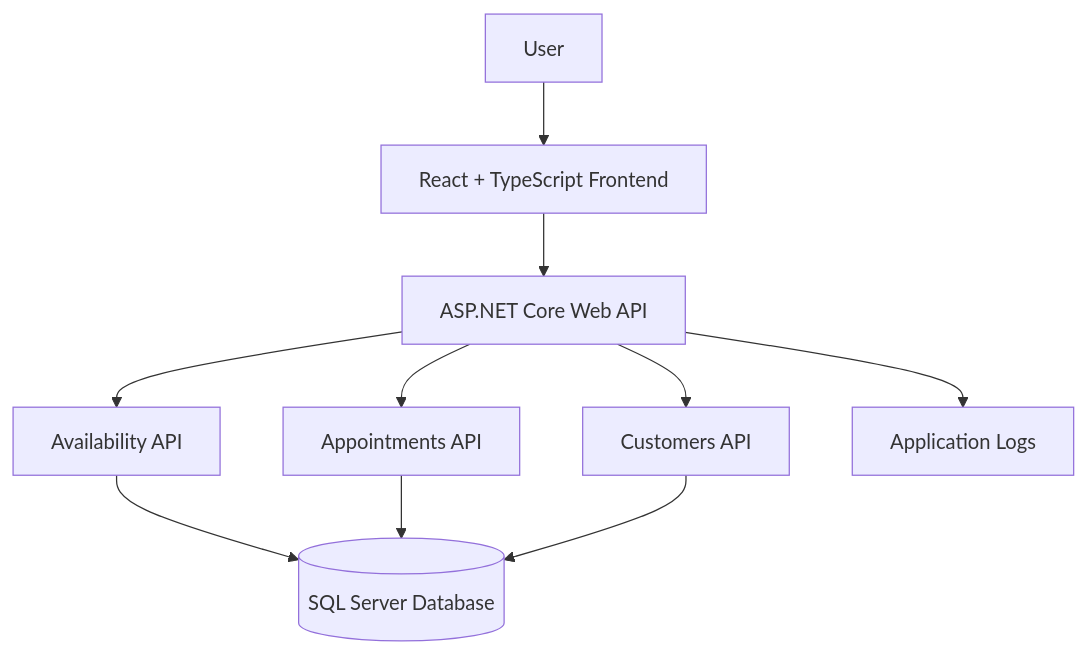
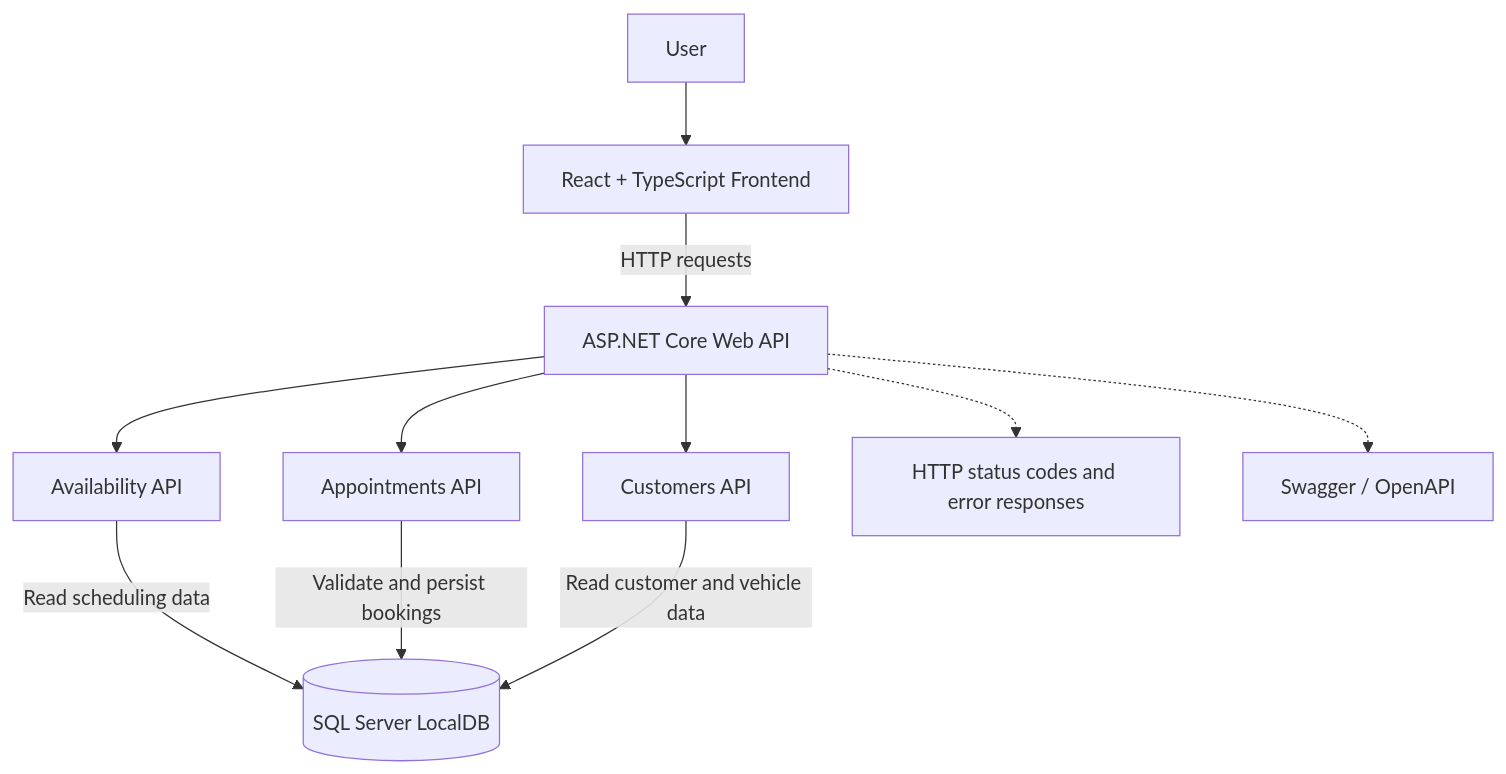
One commit to anudeepannin/KeyloopServiceScheduler changed the diagram in docs/SystemDesign.md. Above: the diagram before and after it, drawn with Mermaid. The commit also changed other lines of this file, not shown here.

````diff
--- a/docs/SystemDesign.md
+++ b/docs/SystemDesign.md
@@ -11,12 +11,13 @@
 ```mermaid
 flowchart TD
     U[User] --> FE[React + TypeScript Frontend]
-    FE --> API[ASP.NET Core Web API]
+    FE -->|HTTP requests| API[ASP.NET Core Web API]
     API --> AV[Availability API]
     API --> AP[Appointments API]
     API --> CU[Customers API]
-    AV --> DB[(SQL Server Database)]
-    AP --> DB
-    CU --> DB
-    API --> LOG[Application Logs]
+    AV -->|Read scheduling data| DB[(SQL Server LocalDB)]
+    AP -->|Validate and persist bookings| DB
+    CU -->|Read customer and vehicle data| DB
+    API -.-> OBS[HTTP status codes and error responses]
+    API -.-> SW[Swagger / OpenAPI]
 ```
````
